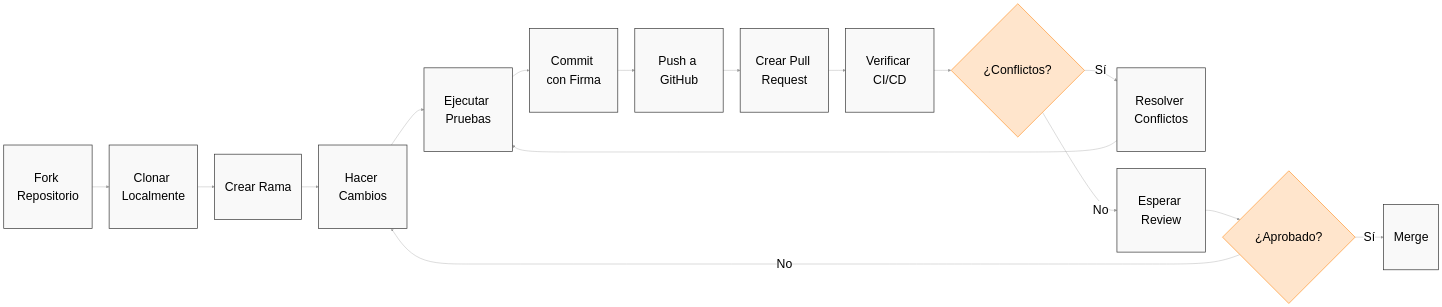
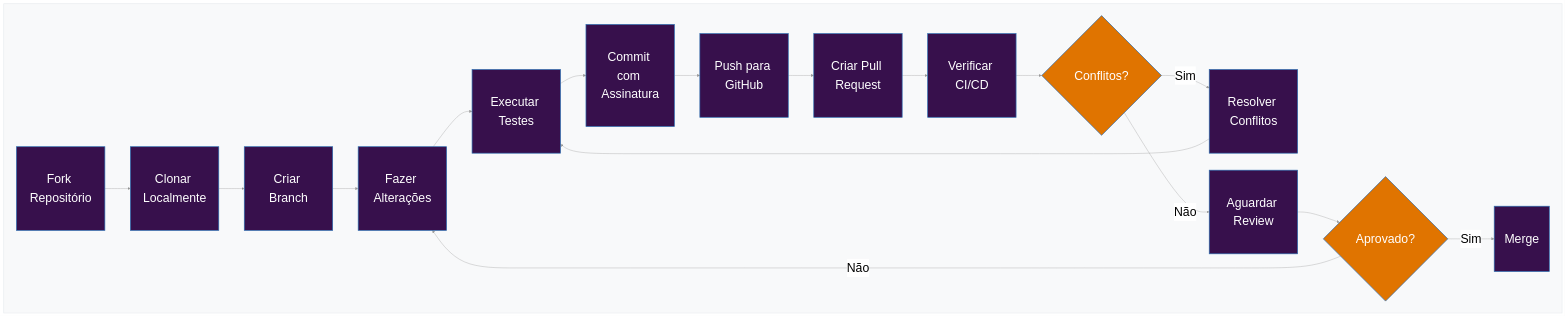
One commit to guardiafinance/hub changed the diagram in i18n/es/docusaurus-plugin-content-docs/current/community/CONTRIBUTING.md. Above: the diagram before and after it, drawn with Mermaid. The commit also changed 2 other files, not shown here.

Commit message:
style: use guardia style sheet

````diff
--- a/i18n/es/docusaurus-plugin-content-docs/current/community/CONTRIBUTING.md
+++ b/i18n/es/docusaurus-plugin-content-docs/current/community/CONTRIBUTING.md
@@ -61,24 +61,28 @@
 ```mermaid
 graph LR
     %%{init: {'theme': 'neutral', 'themeVariables': { 'fontSize': '36px', 'fontFamily': 'arial', 'nodeSpacing': 120, 'rankSpacing': 100, 'lineColor': '#999999'}}}%%
-    classDef default fill:#f9f9f9,stroke:#333,stroke-width:2px,font-size:36px,font-family:arial,padding:20px;
-    classDef decision fill:#ffe5cc,stroke:#ff9933,stroke-width:2px,font-size:36px,font-family:arial,padding:20px;
+    classDef default fill:#37104c,stroke:#2b6cb0,stroke-width:2px,font-size:36px,font-family:arial,padding:20px,color:#fff;
+    classDef decision fill:#e07400,stroke:#2b6cb0,stroke-width:2px,font-size:36px,font-family:arial,padding:20px,color:#fff;
 
-    A[Fork Repositorio] --> B[Clonar Localmente]
-    B --> C[Crear Rama]
-    C --> D[Hacer Cambios]
-    D --> E[Ejecutar Pruebas]
-    E --> F[Commit con Firma]
-    F --> G[Push a GitHub]
-    G --> H[Crear Pull Request]
-    H --> I[Verificar CI/CD]
-    I --> J{¿Conflictos?}
-    J -->|Sí| K[Resolver Conflictos]
-    K --> E
-    J -->|No| L[Esperar Review]
-    L --> M{¿Aprobado?}
-    M -->|Sí| N[Merge]
-    M -->|No| D
+    subgraph Flow[" "]
+      direction LR
+        style Flow fill:#f8f9fa,stroke:#e9ecef,stroke-width:2px
+        A[Fork Repositório] --> B[Clonar Localmente]
+        B --> C[Criar Branch]
+        C --> D[Fazer Alterações]
+        D --> E[Executar Testes]
+        E --> F[Commit com Assinatura]
+        F --> G[Push para GitHub]
+        G --> H[Criar Pull Request]
+        H --> I[Verificar CI/CD]
+        I --> J{Conflitos?}
+        J -->|Sim| K[Resolver Conflitos]
+        K --> E
+        J -->|Não| L[Aguardar Review]
+        L --> M{Aprovado?}
+        M -->|Sim| N[Merge]
+        M -->|Não| D
+    end
 
     class J,M decision;
 ```
````
